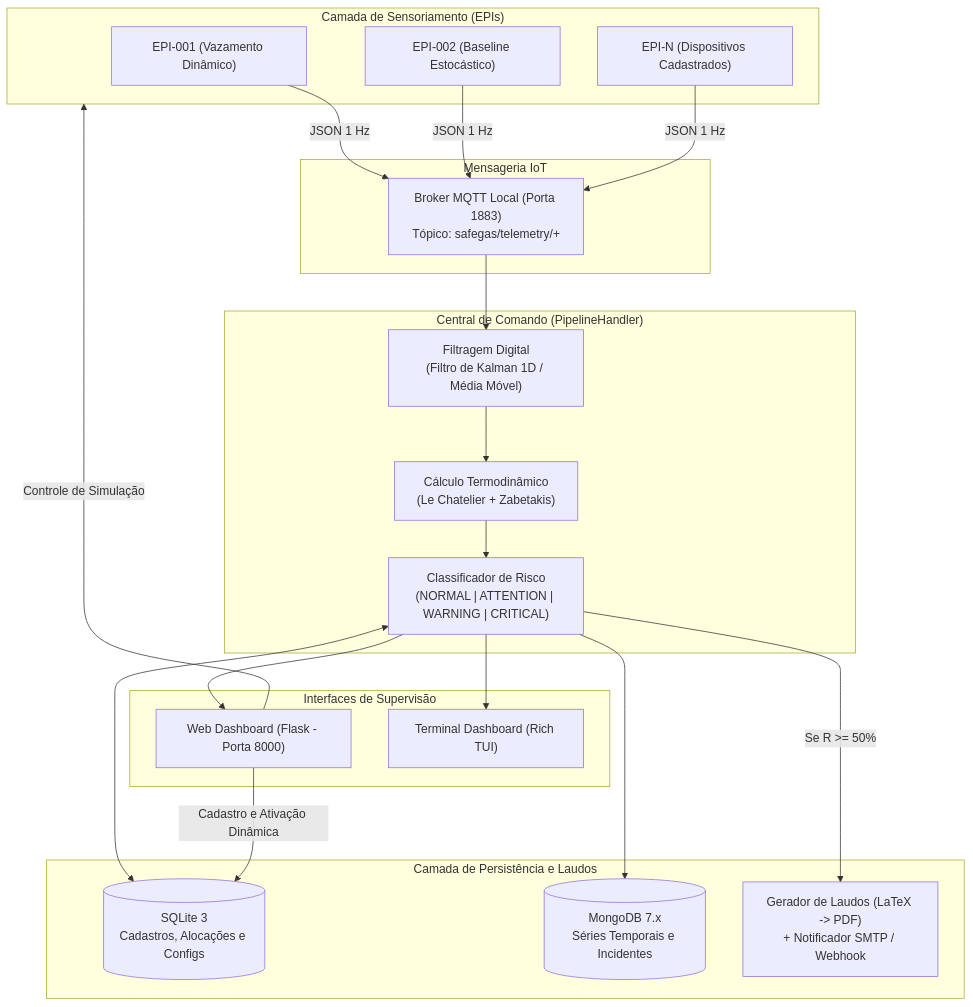
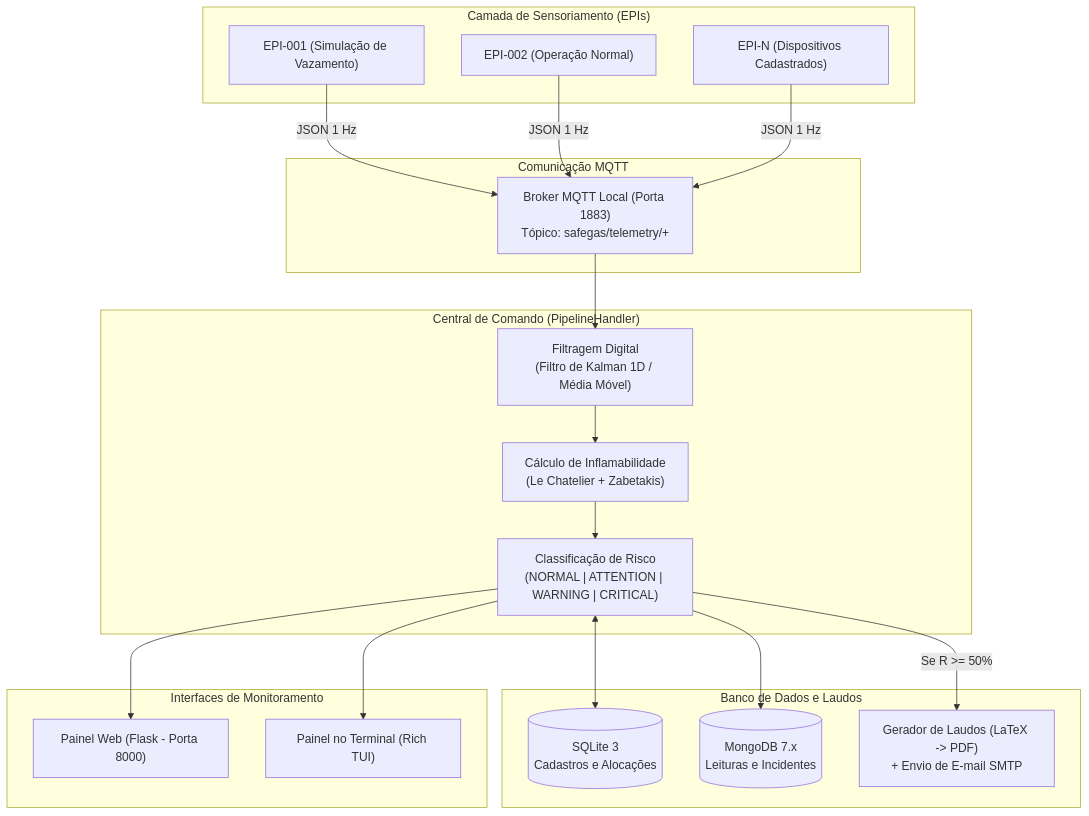
Before and after one commit to Scher-er/safegas-monitor: the diagram in README.md, drawn with Mermaid. The commit also changed other lines of this file and 36 other files, not shown here.

Commit message:
Adiciona arquivo .env de exemplo, script seed do banco e diagrama ER

````diff
--- a/README.md
+++ b/README.md
@@ -36,38 +53,36 @@
 ```mermaid
 flowchart TD
     subgraph Campo ["Camada de Sensoriamento (EPIs)"]
-        EPI1["EPI-001 (Vazamento Dinâmico)"]
-        EPI2["EPI-002 (Baseline Estocástico)"]
+        EPI1["EPI-001 (Simulação de Vazamento)"]
+        EPI2["EPI-002 (Operação Normal)"]
         EPIN["EPI-N (Dispositivos Cadastrados)"]
     end
 
-    subgraph Broker ["Mensageria IoT"]
+    subgraph Broker ["Comunicação MQTT"]
         MQTT["Broker MQTT Local (Porta 1883)<br/>Tópico: safegas/telemetry/+"]
     end
 
     subgraph Central ["Central de Comando (PipelineHandler)"]
         KF["Filtragem Digital<br/>(Filtro de Kalman 1D / Média Móvel)"]
-        LEL["Cálculo Termodinâmico<br/>(Le Chatelier + Zabetakis)"]
-        AL["Classificador de Risco<br/>(NORMAL | ATTENTION | WARNING | CRITICAL)"]
+        LEL["Cálculo de Inflamabilidade<br/>(Le Chatelier + Zabetakis)"]
+        AL["Classificação de Risco<br/>(NORMAL | ATTENTION | WARNING | CRITICAL)"]
     end
 
-    subgraph Dados ["Camada de Persistência e Laudos"]
-        SQL[("SQLite 3<br/>Cadastros, Alocações e Configs")]
-        MONGO[("MongoDB 7.x<br/>Séries Temporais e Incidentes")]
-        LATEX["Gerador de Laudos (LaTeX -> PDF)<br/>+ Notificador SMTP / Webhook"]
+    subgraph Dados ["Banco de Dados e Laudos"]
+        SQL[("SQLite 3<br/>Cadastros e Alocações")]
+        MONGO[("MongoDB 7.x<br/>Leituras e Incidentes")]
+        LATEX["Gerador de Laudos (LaTeX -> PDF)<br/>+ Envio de E-mail SMTP"]
     end
 
-    subgraph UI ["Interfaces de Supervisão"]
-        WEB["Web Dashboard (Flask - Porta 8000)"]
-        TUI["Terminal Dashboard (Rich TUI)"]
+    subgraph UI ["Interfaces de Monitoramento"]
+        WEB["Painel Web (Flask - Porta 8000)"]
+        TUI["Painel no Terminal (Rich TUI)"]
     end
 
     EPI1 & EPI2 & EPIN -->|JSON 1 Hz| MQTT
     MQTT --> KF --> LEL --> AL
     AL --> MONGO
     AL <--> SQL
     AL -->|Se R >= 50%| LATEX
     AL --> WEB & TUI
-    WEB -->|Cadastro e Ativação Dinâmica| SQL
-    WEB -->|Controle de Simulação| Campo
 ```
````
